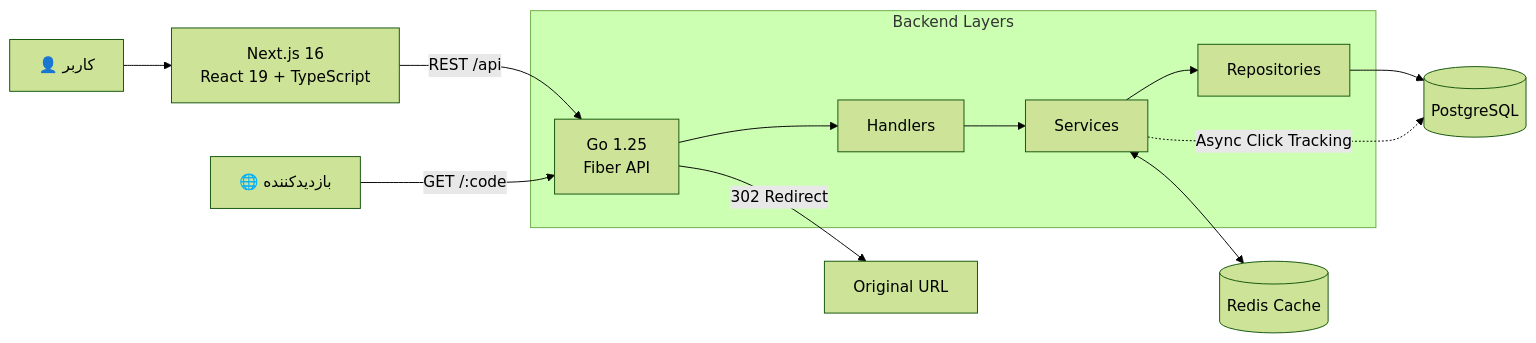
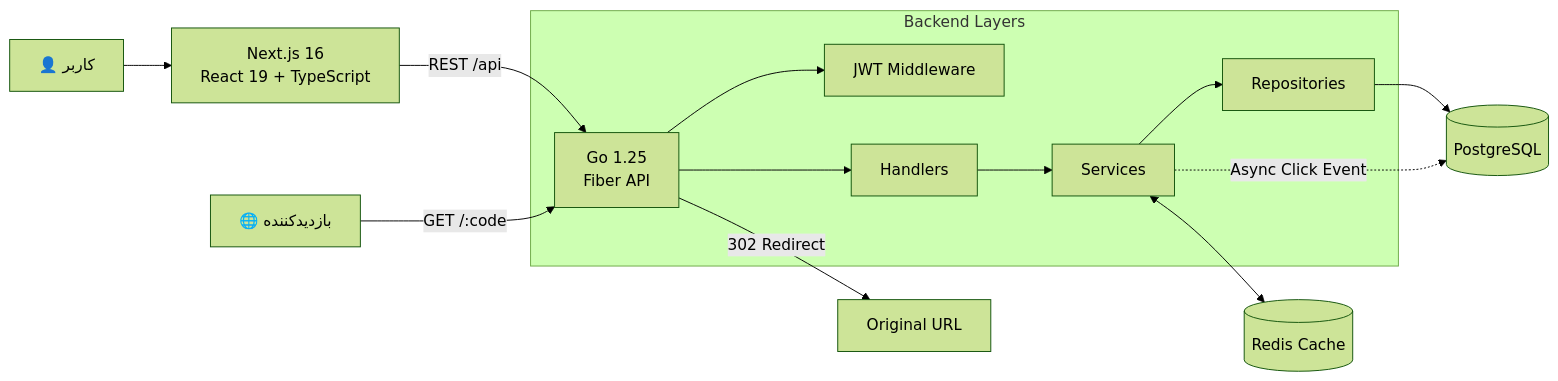
One commit to AmirMotefaker/LinkResan changed the second of 7 diagrams in README.md. Above: the diagram before and after it, drawn with Mermaid (forest theme). The commit also changed other lines of this file, not shown here.

````diff
--- a/README.md
+++ b/README.md
@@ -215,19 +377,20 @@
 ```mermaid
 flowchart LR
     USER["👤 کاربر"] --> WEB["Next.js 16<br/>React 19 + TypeScript"]
     WEB -->|"REST /api"| API["Go 1.25<br/>Fiber API"]
 
     subgraph BACKEND["Backend Layers"]
+        API --> AUTH["JWT Middleware"]
         API --> HANDLER["Handlers"]
         HANDLER --> SERVICE["Services"]
         SERVICE --> REPO["Repositories"]
     end
 
     REPO --> PG[("PostgreSQL")]
     SERVICE <--> REDIS[("Redis Cache")]
 
-    SERVICE -. "Async Click Tracking" .-> PG
+    SERVICE -. "Async Click Event" .-> PG
 
     VISITOR["🌐 بازدیدکننده"] -->|"GET /:code"| API
     API -->|"302 Redirect"| TARGET["Original URL"]
 ```
````
